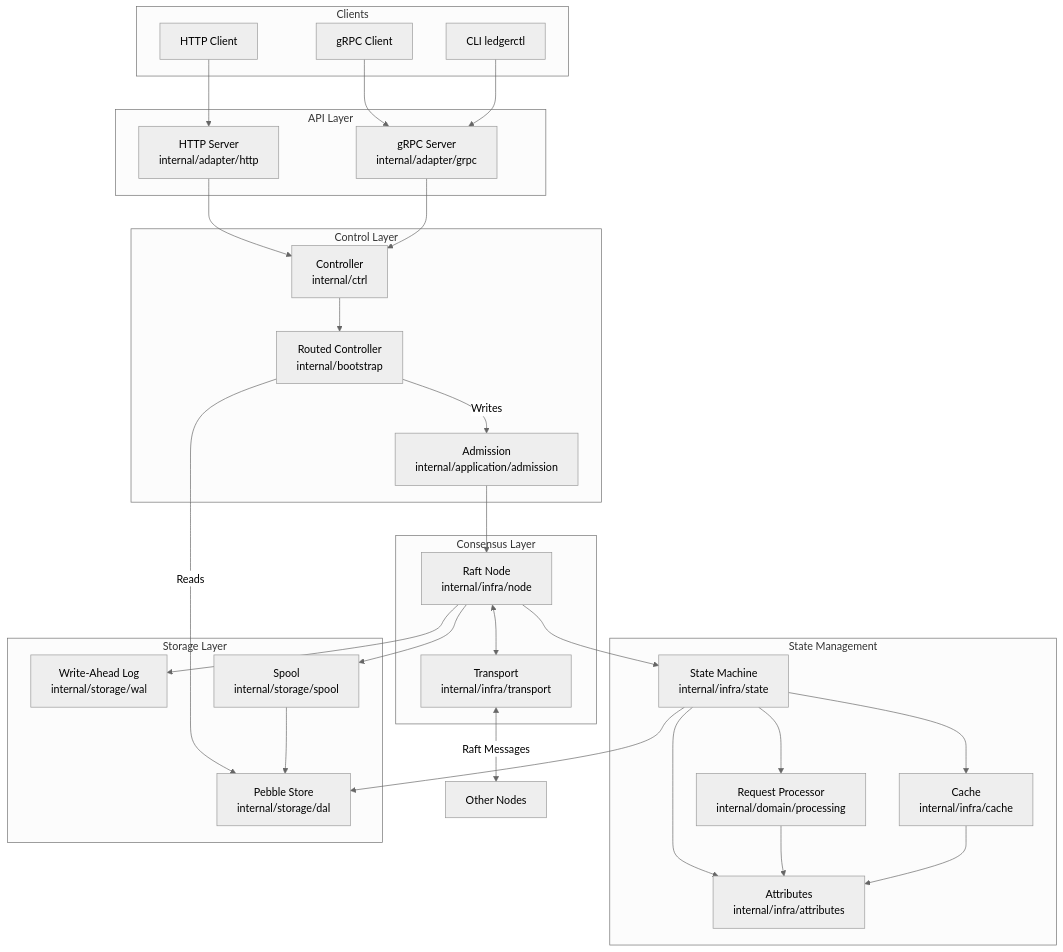
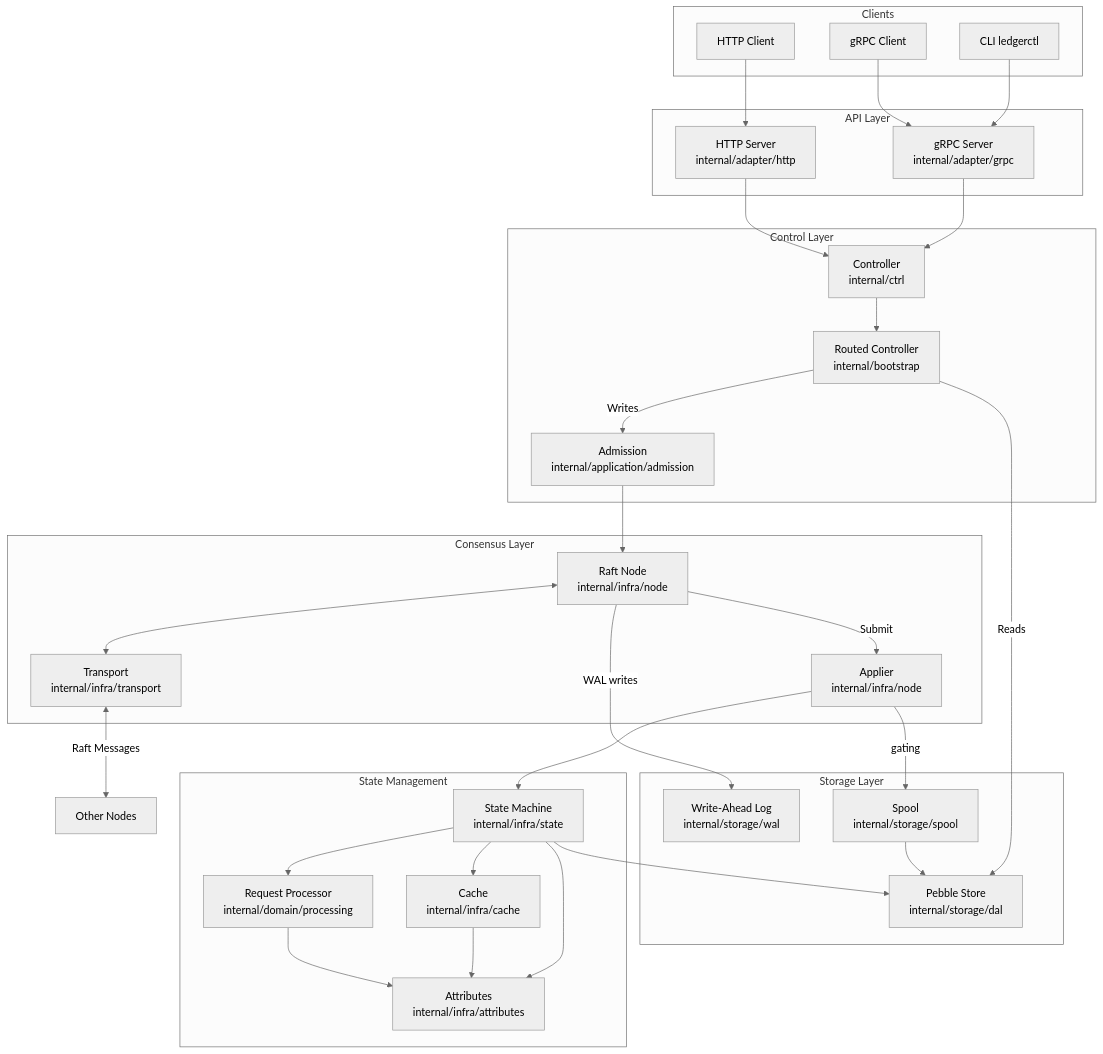
One commit to formancehq/ledger changed the first of 6 diagrams in docs/dev/architecture/overview.md. Above: the diagram before and after it, drawn with Mermaid (neutral theme). The commit also changed other lines of this file and 6 other files, not shown here.

First line of the commit message:
refactor: extract Applier from Node to decouple WAL writes from FSM application

````diff
--- a/docs/dev/architecture/overview.md
+++ b/docs/dev/architecture/overview.md
@@ -9,66 +9,68 @@
 ```mermaid
 flowchart TB
     subgraph Clients
         HTTP[HTTP Client]
         GRPC[gRPC Client]
         CLI[CLI ledgerctl]
     end
 
     subgraph API["API Layer"]
         HTTPServer[HTTP Server<br/>internal/adapter/http]
         GRPCServer[gRPC Server<br/>internal/adapter/grpc]
     end
 
     subgraph Control["Control Layer"]
         Controller[Controller<br/>internal/ctrl]
         RoutedCtrl[Routed Controller<br/>internal/bootstrap]
         Admission[Admission<br/>internal/application/admission]
     end
 
     subgraph Consensus["Consensus Layer"]
         Node[Raft Node<br/>internal/infra/node]
+        Applier[Applier<br/>internal/infra/node]
         Transport[Transport<br/>internal/infra/transport]
     end
 
     subgraph State["State Management"]
         FSM[State Machine<br/>internal/infra/state]
         Processing[Request Processor<br/>internal/domain/processing]
         Cache[Cache<br/>internal/infra/cache]
         Attributes[Attributes<br/>internal/infra/attributes]
     end
 
     subgraph Storage["Storage Layer"]
         Store[Pebble Store<br/>internal/storage/dal]
         WAL[Write-Ahead Log<br/>internal/storage/wal]
         Spool[Spool<br/>internal/storage/spool]
     end
 
     HTTP --> HTTPServer
     GRPC --> GRPCServer
     CLI --> GRPCServer
 
     HTTPServer --> Controller
     GRPCServer --> Controller
 
     Controller --> RoutedCtrl
     RoutedCtrl -->|Writes| Admission
     RoutedCtrl -->|Reads| Store
 
     Admission --> Node
     Node <--> Transport
     Transport <-->|Raft Messages| OtherNodes[Other Nodes]
 
-    Node --> FSM
+    Node -->|WAL writes| WAL
+    Node -->|Submit| Applier
+    Applier --> FSM
+    Applier -->|gating| Spool
     FSM --> Processing
     FSM --> Cache
     FSM --> Attributes
     FSM --> Store
 
     Processing --> Attributes
 
-    Node --> WAL
-    Node --> Spool
     Spool --> Store
 
     Cache --> Attributes
 ```
````
